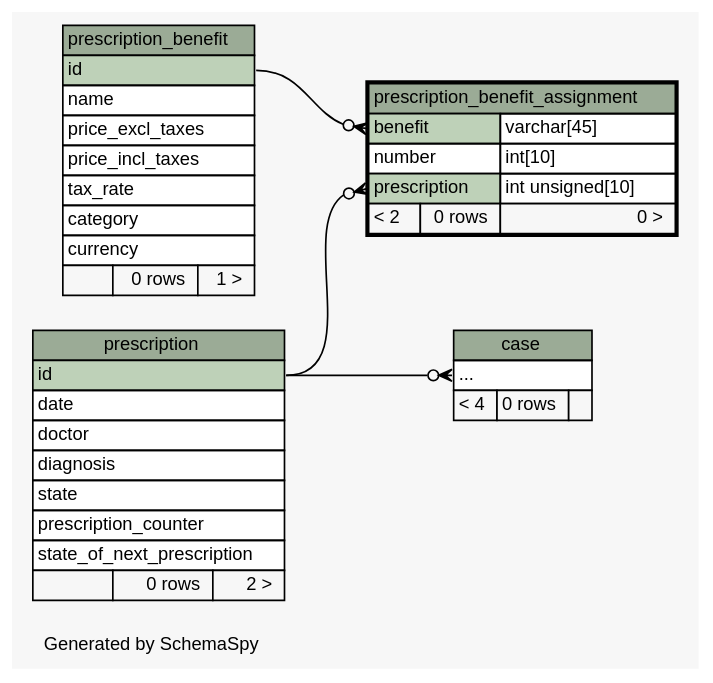
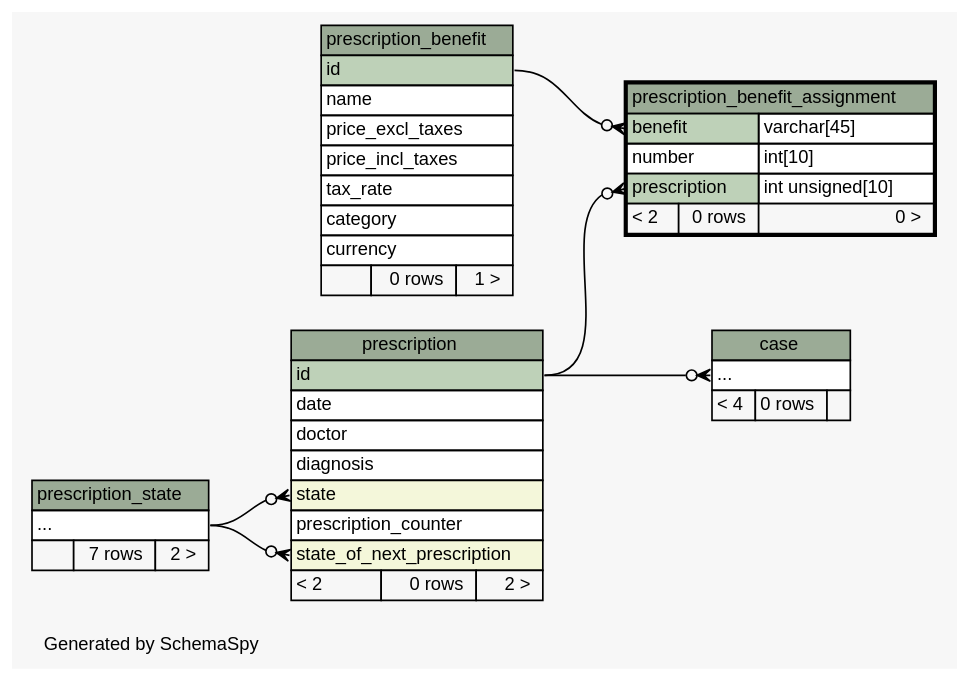
One commit to KaiBMP/KaiBMP.github.io changed the diagram in diagrams/prescription_benefit_assignment.2degrees.dot. Above: the diagram before and after it, drawn with Graphviz. The commit also changed 120 other files, not shown here.

Commit message:
schemaspy update

```diff
--- a/diagrams/prescription_benefit_assignment.2degrees.dot
+++ b/diagrams/prescription_benefit_assignment.2degrees.dot
@@ -1,79 +1,91 @@
-// dot 2.40.1 on Linux 5.0.0-37-generic
+// dot 2.40.1 on Linux 5.3.0-26-generic
 // SchemaSpy rev 590
 digraph "twoDegreesRelationshipsDiagram" {
   graph [
     rankdir="RL"
     bgcolor="#f7f7f7"
     label="\nGenerated by SchemaSpy"
     labeljust="l"
     nodesep="0.18"
     ranksep="0.46"
     fontname="Helvetica"
     fontsize="11"
   ];
   node [
     fontname="Helvetica"
     fontsize="11"
     shape="plaintext"
   ];
   edge [
     arrowsize="0.8"
   ];
   "case":"elipses":w -> "prescription":"id":e [arrowhead=none dir=back arrowtail=crowodot];
+  "prescription":"state":w -> "prescription_state":"elipses":e [arrowhead=none dir=back arrowtail=crowodot];
+  "prescription":"state_of_next_prescription":w -> "prescription_state":"elipses":e [arrowhead=none dir=back arrowtail=crowodot];
   "prescription_benefit_assignment":"benefit":w -> "prescription_benefit":"id":e [arrowhead=none dir=back arrowtail=crowodot];
   "prescription_benefit_assignment":"prescription":w -> "prescription":"id":e [arrowhead=none dir=back arrowtail=crowodot];
   "case" [
     label=<
     <TABLE BORDER="0" CELLBORDER="1" CELLSPACING="0" BGCOLOR="#ffffff">
       <TR><TD COLSPAN="3" BGCOLOR="#9bab96" ALIGN="CENTER">case</TD></TR>
       <TR><TD PORT="elipses" COLSPAN="3" ALIGN="LEFT">...</TD></TR>
       <TR><TD ALIGN="LEFT" BGCOLOR="#f7f7f7">&lt; 4</TD><TD ALIGN="RIGHT" BGCOLOR="#f7f7f7">0 rows</TD><TD ALIGN="RIGHT" BGCOLOR="#f7f7f7">  </TD></TR>
     </TABLE>>
     URL="case.html"
     tooltip="case"
   ];
   "prescription" [
     label=<
     <TABLE BORDER="0" CELLBORDER="1" CELLSPACING="0" BGCOLOR="#ffffff">
       <TR><TD COLSPAN="3" BGCOLOR="#9bab96" ALIGN="CENTER">prescription</TD></TR>
       <TR><TD PORT="id" COLSPAN="3" BGCOLOR="#bed1b8" ALIGN="LEFT">id</TD></TR>
       <TR><TD PORT="date" COLSPAN="3" ALIGN="LEFT">date</TD></TR>
       <TR><TD PORT="doctor" COLSPAN="3" ALIGN="LEFT">doctor</TD></TR>
       <TR><TD PORT="diagnosis" COLSPAN="3" ALIGN="LEFT">diagnosis</TD></TR>
-      <TR><TD PORT="state" COLSPAN="3" ALIGN="LEFT">state</TD></TR>
+      <TR><TD PORT="state" COLSPAN="3" BGCOLOR="#f4f7da" ALIGN="LEFT">state</TD></TR>
       <TR><TD PORT="prescription_counter" COLSPAN="3" ALIGN="LEFT">prescription_counter</TD></TR>
-      <TR><TD PORT="state_of_next_prescription" COLSPAN="3" ALIGN="LEFT">state_of_next_prescription</TD></TR>
-      <TR><TD ALIGN="LEFT" BGCOLOR="#f7f7f7">  </TD><TD ALIGN="RIGHT" BGCOLOR="#f7f7f7">0 rows</TD><TD ALIGN="RIGHT" BGCOLOR="#f7f7f7">2 &gt;</TD></TR>
+      <TR><TD PORT="state_of_next_prescription" COLSPAN="3" BGCOLOR="#f4f7da" ALIGN="LEFT">state_of_next_prescription</TD></TR>
+      <TR><TD ALIGN="LEFT" BGCOLOR="#f7f7f7">&lt; 2</TD><TD ALIGN="RIGHT" BGCOLOR="#f7f7f7">0 rows</TD><TD ALIGN="RIGHT" BGCOLOR="#f7f7f7">2 &gt;</TD></TR>
     </TABLE>>
     URL="prescription.html"
     tooltip="prescription"
   ];
   "prescription_benefit" [
     label=<
     <TABLE BORDER="0" CELLBORDER="1" CELLSPACING="0" BGCOLOR="#ffffff">
       <TR><TD COLSPAN="3" BGCOLOR="#9bab96" ALIGN="CENTER">prescription_benefit</TD></TR>
       <TR><TD PORT="id" COLSPAN="3" BGCOLOR="#bed1b8" ALIGN="LEFT">id</TD></TR>
       <TR><TD PORT="name" COLSPAN="3" ALIGN="LEFT">name</TD></TR>
       <TR><TD PORT="price_excl_taxes" COLSPAN="3" ALIGN="LEFT">price_excl_taxes</TD></TR>
       <TR><TD PORT="price_incl_taxes" COLSPAN="3" ALIGN="LEFT">price_incl_taxes</TD></TR>
       <TR><TD PORT="tax_rate" COLSPAN="3" ALIGN="LEFT">tax_rate</TD></TR>
       <TR><TD PORT="category" COLSPAN="3" ALIGN="LEFT">category</TD></TR>
       <TR><TD PORT="currency" COLSPAN="3" ALIGN="LEFT">currency</TD></TR>
       <TR><TD ALIGN="LEFT" BGCOLOR="#f7f7f7">  </TD><TD ALIGN="RIGHT" BGCOLOR="#f7f7f7">0 rows</TD><TD ALIGN="RIGHT" BGCOLOR="#f7f7f7">1 &gt;</TD></TR>
     </TABLE>>
     URL="prescription_benefit.html"
     tooltip="prescription_benefit"
   ];
   "prescription_benefit_assignment" [
     label=<
     <TABLE BORDER="2" CELLBORDER="1" CELLSPACING="0" BGCOLOR="#ffffff">
       <TR><TD COLSPAN="3" BGCOLOR="#9bab96" ALIGN="CENTER">prescription_benefit_assignment</TD></TR>
       <TR><TD PORT="benefit" COLSPAN="2" BGCOLOR="#bed1b8" ALIGN="LEFT">benefit</TD><TD PORT="benefit.type" ALIGN="LEFT">varchar[45]</TD></TR>
       <TR><TD PORT="number" COLSPAN="2" ALIGN="LEFT">number</TD><TD PORT="number.type" ALIGN="LEFT">int[10]</TD></TR>
       <TR><TD PORT="prescription" COLSPAN="2" BGCOLOR="#bed1b8" ALIGN="LEFT">prescription</TD><TD PORT="prescription.type" ALIGN="LEFT">int unsigned[10]</TD></TR>
       <TR><TD ALIGN="LEFT" BGCOLOR="#f7f7f7">&lt; 2</TD><TD ALIGN="RIGHT" BGCOLOR="#f7f7f7">0 rows</TD><TD ALIGN="RIGHT" BGCOLOR="#f7f7f7">0 &gt;</TD></TR>
     </TABLE>>
     URL="prescription_benefit_assignment.html"
     tooltip="prescription_benefit_assignment"
   ];
+  "prescription_state" [
+    label=<
+    <TABLE BORDER="0" CELLBORDER="1" CELLSPACING="0" BGCOLOR="#ffffff">
+      <TR><TD COLSPAN="3" BGCOLOR="#9bab96" ALIGN="CENTER">prescription_state</TD></TR>
+      <TR><TD PORT="elipses" COLSPAN="3" ALIGN="LEFT">...</TD></TR>
+      <TR><TD ALIGN="LEFT" BGCOLOR="#f7f7f7">  </TD><TD ALIGN="RIGHT" BGCOLOR="#f7f7f7">7 rows</TD><TD ALIGN="RIGHT" BGCOLOR="#f7f7f7">2 &gt;</TD></TR>
+    </TABLE>>
+    URL="prescription_state.html"
+    tooltip="prescription_state"
+  ];
 }
```
